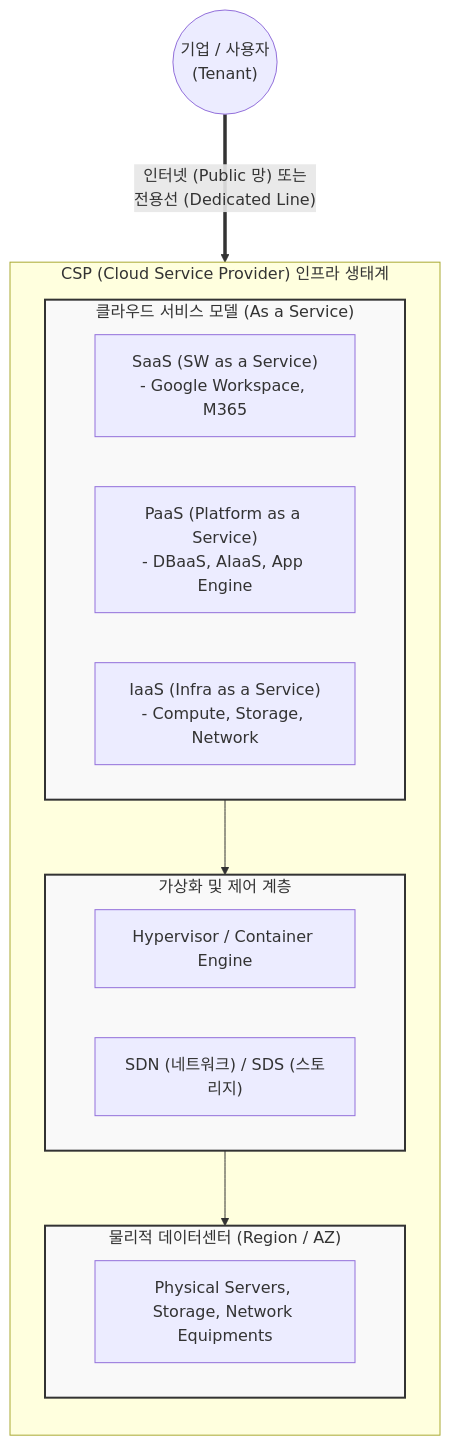
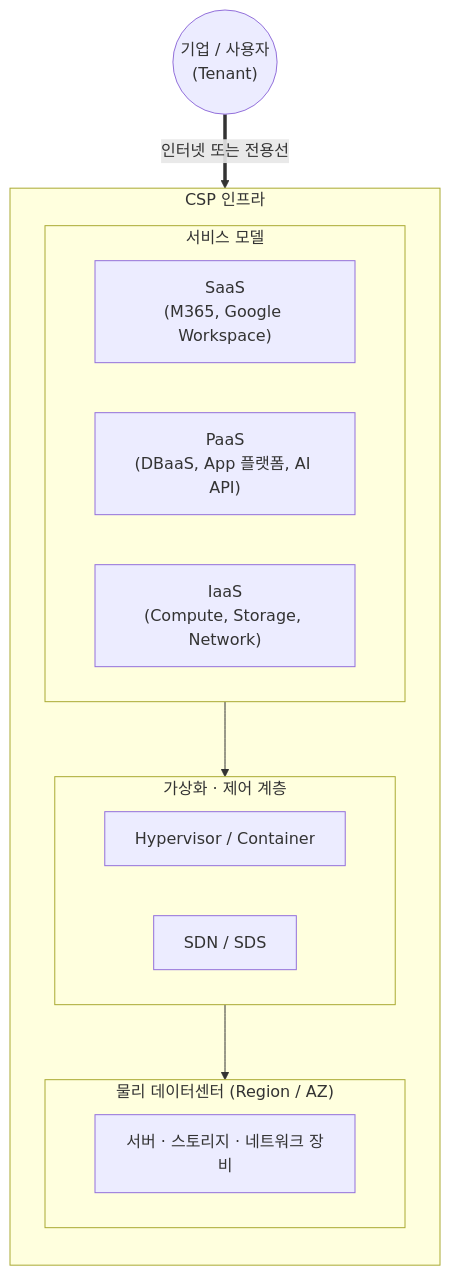
Before and after one commit to supremethumb/supremethumb.github.io: the diagram in content/01_IT Tech/CSP.md, drawn with Mermaid. The commit also changed other lines of this file and 1087 other files, not shown here.

````diff
--- a/content/01_IT Tech/CSP.md
+++ b/content/01_IT Tech/CSP.md
@@ -31,32 +36,24 @@
 ```mermaid
 flowchart TD
     User(("기업 / 사용자<br/>(Tenant)"))
-    
-    subgraph CSP_Environment ["CSP (Cloud Service Provider) 인프라 생태계"]
+
+    subgraph CSP_Environment ["CSP 인프라"]
         direction TB
-        
-        subgraph Service_Models ["클라우드 서비스 모델 (As a Service)"]
-            SaaS["SaaS (SW as a Service)<br/>- Google Workspace, M365"]
-            PaaS["PaaS (Platform as a Service)<br/>- DBaaS, AIaaS, App Engine"]
-            IaaS["IaaS (Infra as a Service)<br/>- Compute, Storage, Network"]
+        subgraph Service_Models ["서비스 모델"]
+            SaaS["SaaS<br/>(M365, Google Workspace)"]
+            PaaS["PaaS<br/>(DBaaS, App 플랫폼, AI API)"]
+            IaaS["IaaS<br/>(Compute, Storage, Network)"]
         end
-        
-        subgraph Virtual_Layer ["가상화 및 제어 계층"]
-            Hypervisor["Hypervisor / Container Engine"]
-            SDN_NFV["SDN (네트워크) / SDS (스토리지)"]
+        subgraph Virtual_Layer ["가상화 · 제어 계층"]
+            Hypervisor["Hypervisor / Container"]
+            SDN_NFV["SDN / SDS"]
         end
-        
-        subgraph Physical_DC ["물리적 데이터센터 (Region / AZ)"]
-            Physical["Physical Servers, Storage, Network Equipments"]
+        subgraph Physical_DC ["물리 데이터센터 (Region / AZ)"]
+            Physical["서버 · 스토리지 · 네트워크 장비"]
         end
-        
         Service_Models --> Virtual_Layer
         Virtual_Layer --> Physical_DC
     end
-    
-    User == "인터넷 (Public 망) 또는<br/>전용선 (Dedicated Line)" ===> Service_Models
-    
-    classDef main fill:#f9f9f9,stroke:#333,stroke-width:2px;
-    class Service_Models,Virtual_Layer,Physical_DC main;
 
+    User ==>|"인터넷 또는 전용선"| Service_Models
 ```
````
